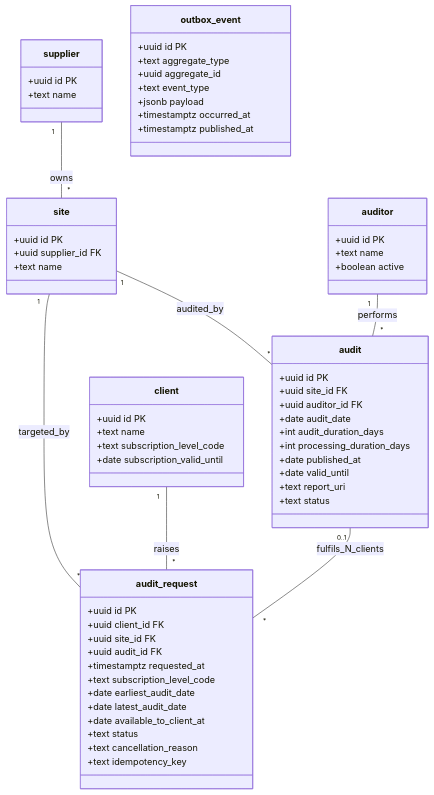
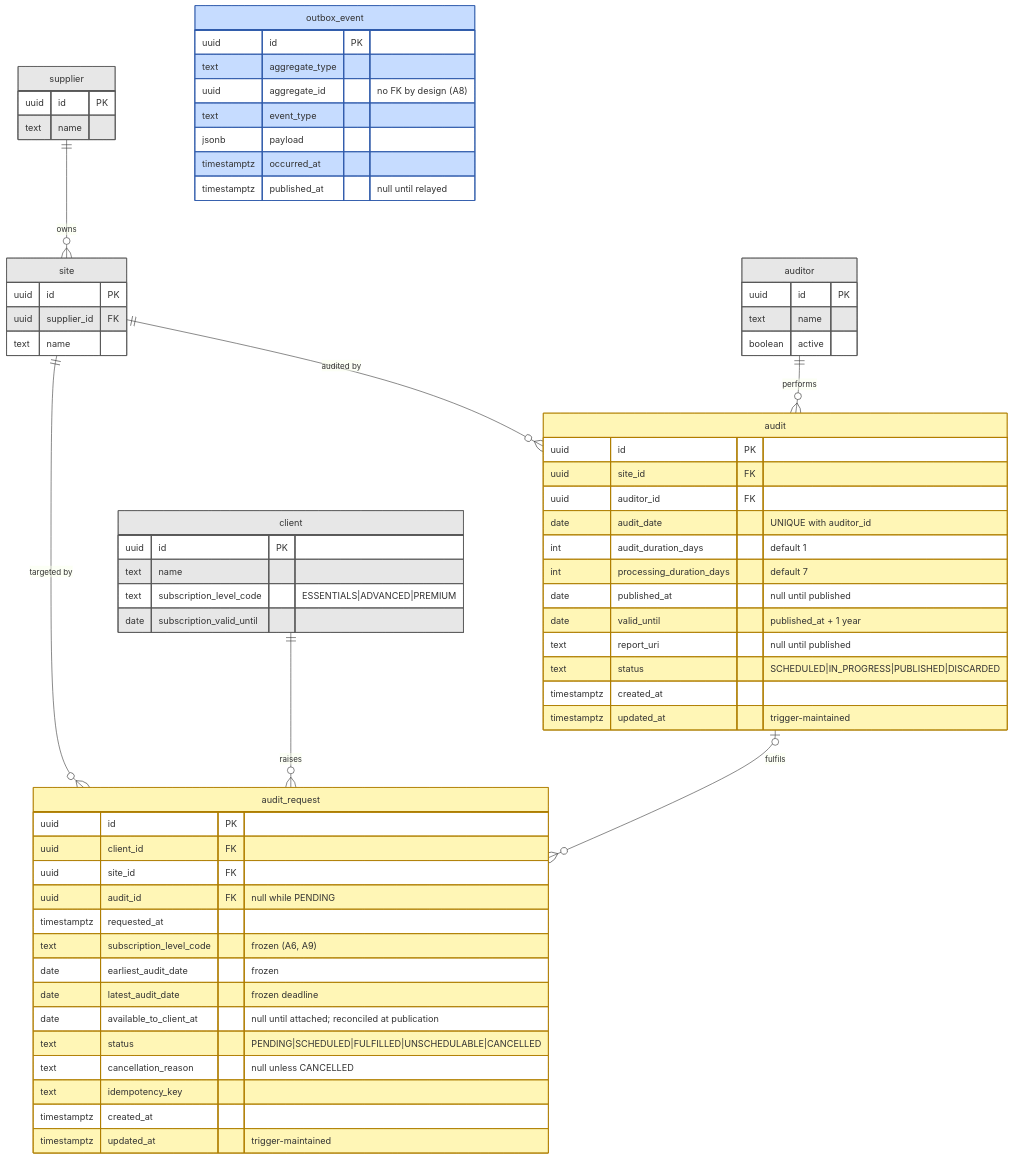
The diagram in docs/diagrams/data model.mermaid (alexMunozMad/Auditory_Manager), drawn with Mermaid before and after one commit. The commit also changed 2 other files, not shown here.

Commit message:
docs : fix reuse-check reads, fulfilment sweep join and updated_at, and switch the model diagram to erDiagram
Index 3 scoped to PUBLISHED; the reuse check is index 2 (in-flight,
projected validity) plus index 3 (published). Fulfilment sweep joins
audit and requires PUBLISHED; available_to_client_at reconciled once at
publication. updated_at maintained by a BEFORE UPDATE trigger. Diagram
rewritten as erDiagram with crow's-foot obligatoriness and the full
column set.

Claude-Session: https://claude.ai/code/session_01U1RQNJ5gytu8nvrBtDUtZ4

```diff
--- a/docs/diagrams/data model.mermaid
+++ b/docs/diagrams/data model.mermaid
@@ -1,70 +1,79 @@
-classDiagram
+erDiagram
+    classDef written  fill:#fff6b6,stroke:#af7e02
+    classDef readonly fill:#e7e7e7,stroke:#595959
+    classDef trace    fill:#c6dcff,stroke:#305bab
 
-    class supplier {
-        +uuid id PK
-        +text name
+    supplier {
+        uuid id PK
+        text name
+    }
+    site {
+        uuid id PK
+        uuid supplier_id FK
+        text name
+    }
+    client {
+        uuid id PK
+        text name
+        text subscription_level_code "ESSENTIALS|ADVANCED|PREMIUM"
+        date subscription_valid_until
+    }
+    auditor {
+        uuid id PK
+        text name
+        boolean active
+    }
+    audit_request {
+        uuid id PK
+        uuid client_id FK
+        uuid site_id FK
+        uuid audit_id FK "null while PENDING"
+        timestamptz requested_at
+        text subscription_level_code "frozen (A6, A9)"
+        date earliest_audit_date "frozen"
+        date latest_audit_date "frozen deadline"
+        date available_to_client_at "null until attached; reconciled at publication"
+        text status "PENDING|SCHEDULED|FULFILLED|UNSCHEDULABLE|CANCELLED"
+        text cancellation_reason "null unless CANCELLED"
+        text idempotency_key
+        timestamptz created_at
+        timestamptz updated_at "trigger-maintained"
+    }
+    audit {
+        uuid id PK
+        uuid site_id FK
+        uuid auditor_id FK
+        date audit_date "UNIQUE with auditor_id"
+        int audit_duration_days "default 1"
+        int processing_duration_days "default 7"
+        date published_at "null until published"
+        date valid_until "published_at + 1 year"
+        text report_uri "null until published"
+        text status "SCHEDULED|IN_PROGRESS|PUBLISHED|DISCARDED"
+        timestamptz created_at
+        timestamptz updated_at "trigger-maintained"
+    }
+    outbox_event {
+        uuid id PK
+        text aggregate_type
+        uuid aggregate_id "no FK by design (A8)"
+        text event_type
+        jsonb payload
+        timestamptz occurred_at
+        timestamptz published_at "null until relayed"
     }
 
-    class site {
-        +uuid id PK
-        +uuid supplier_id FK
-        +text name
-    }
+    supplier ||--o{ site          : "owns"
+    site     ||--o{ audit_request : "targeted by"
+    site     ||--o{ audit         : "audited by"
+    client   ||--o{ audit_request : "raises"
+    auditor  ||--o{ audit         : "performs"
+    audit    |o--o{ audit_request : "fulfils"
 
-    class client {
-        +uuid id PK
-        +text name
-        +text subscription_level_code
-        +date subscription_valid_until
-    }
-
-    class auditor {
-        +uuid id PK
-        +text name
-        +boolean active
-    }
-
-    class audit_request {
-        +uuid id PK
-        +uuid client_id FK
-        +uuid site_id FK
-        +uuid audit_id FK
-        +timestamptz requested_at
-        +text subscription_level_code
-        +date earliest_audit_date
-        +date latest_audit_date
-        +date available_to_client_at
-        +text status
-        +text cancellation_reason
-        +text idempotency_key
-    }
-
-    class audit {
-        +uuid id PK
-        +uuid site_id FK
-        +uuid auditor_id FK
-        +date audit_date
-        +int audit_duration_days
-        +int processing_duration_days
-        +date published_at
-        +date valid_until
-        +text report_uri
-        +text status
-    }
-
-    class outbox_event {
-        +uuid id PK
-        +text aggregate_type
-        +uuid aggregate_id
-        +text event_type
-        +jsonb payload
-        +timestamptz occurred_at
-        +timestamptz published_at
-    }
-
-    supplier "1" -- "*" site : owns
-    site "1" -- "*" audit_request : targeted_by
-    site "1" -- "*" audit : audited_by
-    client "1" -- "*" audit_request : raises
-    auditor "1" -- "*" audit : performs
-    audit "0..1" -- "*" audit_request : fulfils_N_clients
+    class audit_request written
+    class audit written
+    class supplier readonly
+    class site readonly
+    class client readonly
+    class auditor readonly
+    class outbox_event trace
```
